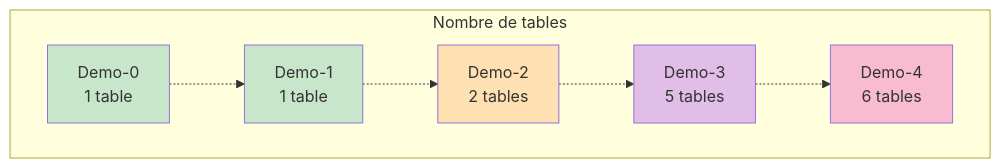
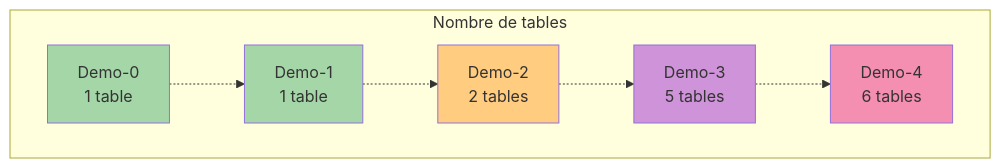
Before and after one commit to inskillflow/auths-1-NEXTJS-introduction: diagram 26 of 39 in 02-DIAGRAMMES_ARCHITECTURES.md, drawn with Mermaid. The commit also changed other lines of this file, not shown here.

````diff
--- a/02-DIAGRAMMES_ARCHITECTURES.md
+++ b/02-DIAGRAMMES_ARCHITECTURES.md
@@ -888,21 +888,21 @@
 ```mermaid
 graph TB
     subgraph "Nombre de tables"
         T0["Demo-0<br/>1 table"]
         T1["Demo-1<br/>1 table"]
         T2["Demo-2<br/>2 tables"]
         T3["Demo-3<br/>5 tables"]
         T4["Demo-4<br/>6 tables"]
     end
     
     T0 -.-> T1
     T1 -.-> T2
     T2 -.-> T3
     T3 -.-> T4
     
-    style T0 fill:#c8e6c9
-    style T1 fill:#c8e6c9
-    style T2 fill:#ffe0b2
-    style T3 fill:#e1bee7
-    style T4 fill:#f8bbd0
+    style T0 fill:#a5d6a7
+    style T1 fill:#a5d6a7
+    style T2 fill:#ffcc80
+    style T3 fill:#ce93d8
+    style T4 fill:#f48fb1
 ```
````
